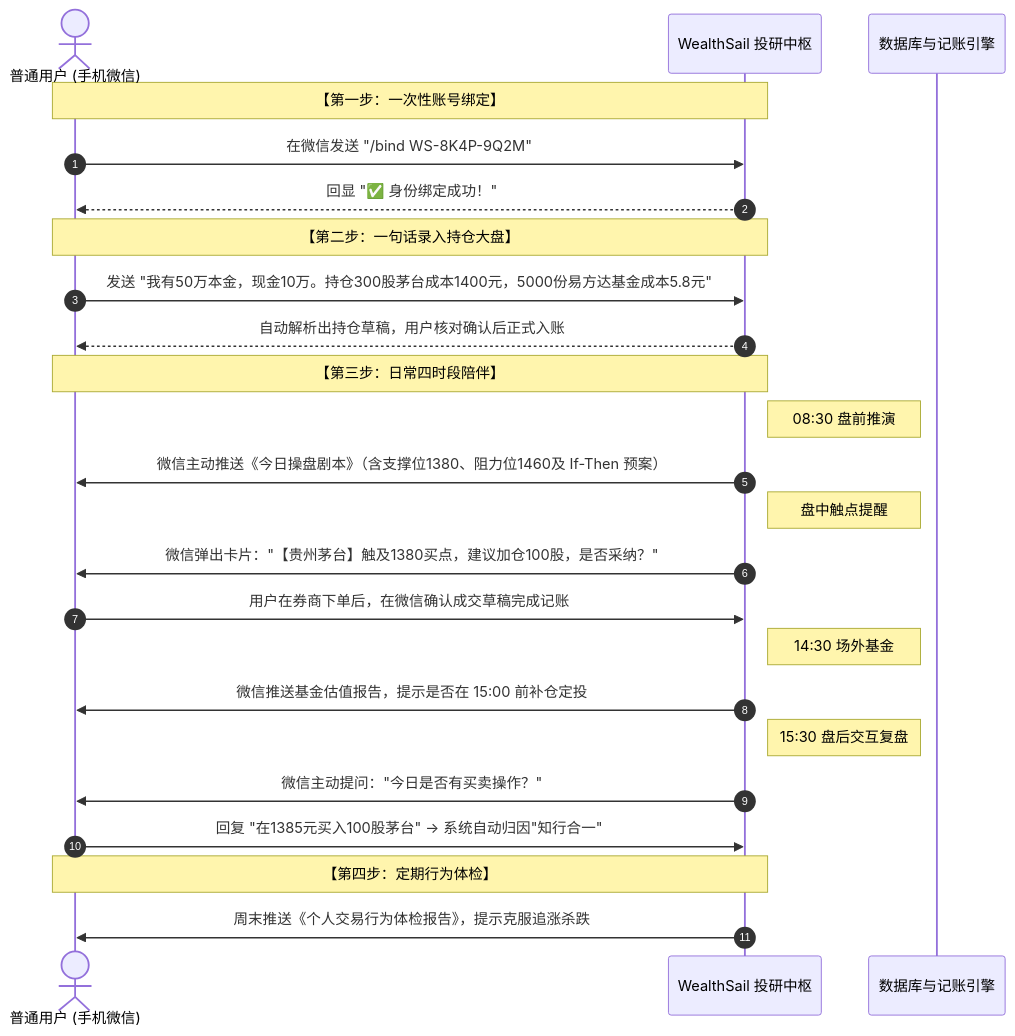
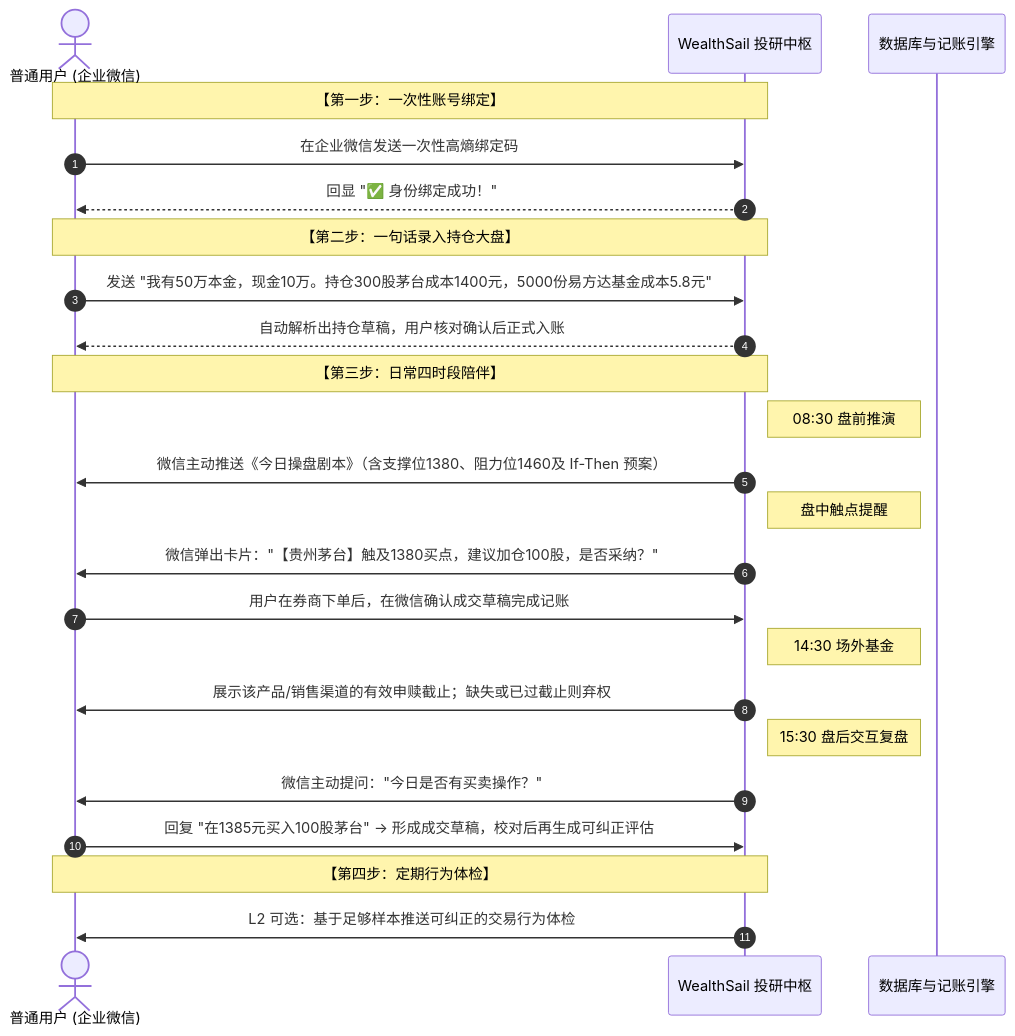
Before and after one commit to sinojelly/wealthsail: the third of 4 diagrams in docs/03.WealthSail-MVP快速构建与实战指南.md, drawn with Mermaid. The commit also changed other lines of this file and 16 other files, not shown here.

````diff
--- a/docs/03.WealthSail-MVP快速构建与实战指南.md
+++ b/docs/03.WealthSail-MVP快速构建与实战指南.md
@@ -59,30 +61,30 @@
 ```mermaid
 sequenceDiagram
     autonumber
-    actor User as 普通用户 (手机微信)
+    actor User as 普通用户 (企业微信)
     participant Agent as WealthSail 投研中枢
     participant Core as 数据库与记账引擎
 
     Note over User, Agent: 【第一步：一次性账号绑定】
-    User->>Agent: 在微信发送 "/bind WS-8K4P-9Q2M"
+    User->>Agent: 在企业微信发送一次性高熵绑定码
     Agent-->>User: 回显 "✅ 身份绑定成功！"
 
     Note over User, Agent: 【第二步：一句话录入持仓大盘】
     User->>Agent: 发送 "我有50万本金，现金10万。持仓300股茅台成本1400元，5000份易方达基金成本5.8元"
     Agent-->>User: 自动解析出持仓草稿，用户核对确认后正式入账
 
     Note over User, Agent: 【第三步：日常四时段陪伴】
     Note right of Agent: 08:30 盘前推演
     Agent->>User: 微信主动推送《今日操盘剧本》（含支撑位1380、阻力位1460及 If-Then 预案）
     Note right of Agent: 盘中触点提醒
     Agent->>User: 微信弹出卡片："【贵州茅台】触及1380买点，建议加仓100股，是否采纳？"
     User->>Agent: 用户在券商下单后，在微信确认成交草稿完成记账
     Note right of Agent: 14:30 场外基金
-    Agent->>User: 微信推送基金估值报告，提示是否在 15:00 前补仓定投
+    Agent->>User: 展示该产品/销售渠道的有效申赎截止；缺失或已过截止则弃权
     Note right of Agent: 15:30 盘后交互复盘
     Agent->>User: 微信主动提问："今日是否有买卖操作？"
-    User->>Agent: 回复 "在1385元买入100股茅台" -> 系统自动归因"知行合一"
+    User->>Agent: 回复 "在1385元买入100股茅台" -> 形成成交草稿，校对后再生成可纠正评估
 
     Note over User, Agent: 【第四步：定期行为体检】
-    Agent->>User: 周末推送《个人交易行为体检报告》，提示克服追涨杀跌
+    Agent->>User: L2 可选：基于足够样本推送可纠正的交易行为体检
 ```
````
